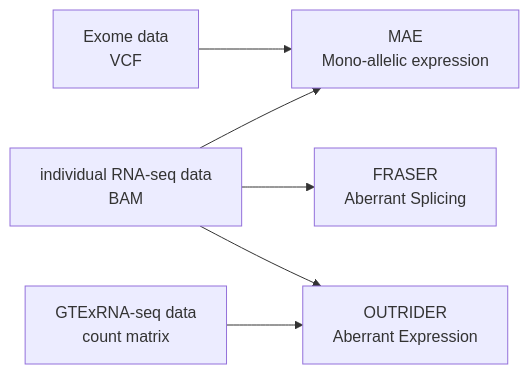
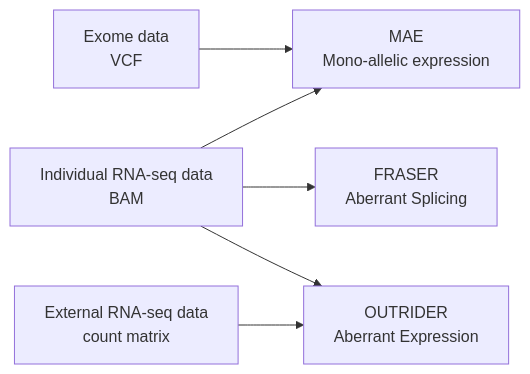
Before and after one commit to nikolayquadrat/lpb-ex-ome-presession: the third of 3 diagrams in README.md, drawn with Mermaid. The commit also changed other lines of this file and 1 other file, not shown here.

````diff
--- a/README.md
+++ b/README.md
@@ -469,15 +480,15 @@
 ```mermaid
 flowchart LR
 	E["Exome data\nVCF"]
-	R["individual RNA-seq data\nBAM"]
-	GTEx["GTExRNA-seq data\ncount matrix"]
+	R["Individual RNA-seq data\nBAM"]
+	GTEx["External RNA-seq data\ncount matrix"]
 	OUTRIDER["OUTRIDER\nAberrant Expression"]
 	FRASER["FRASER\nAberrant Splicing"]
 	MAE["MAE\nMono-allelic expression"]
 	
 	R --> OUTRIDER
 	GTEx --> OUTRIDER
 	R --> FRASER
 	R --> MAE
 	E --> MAE
 ```
````
